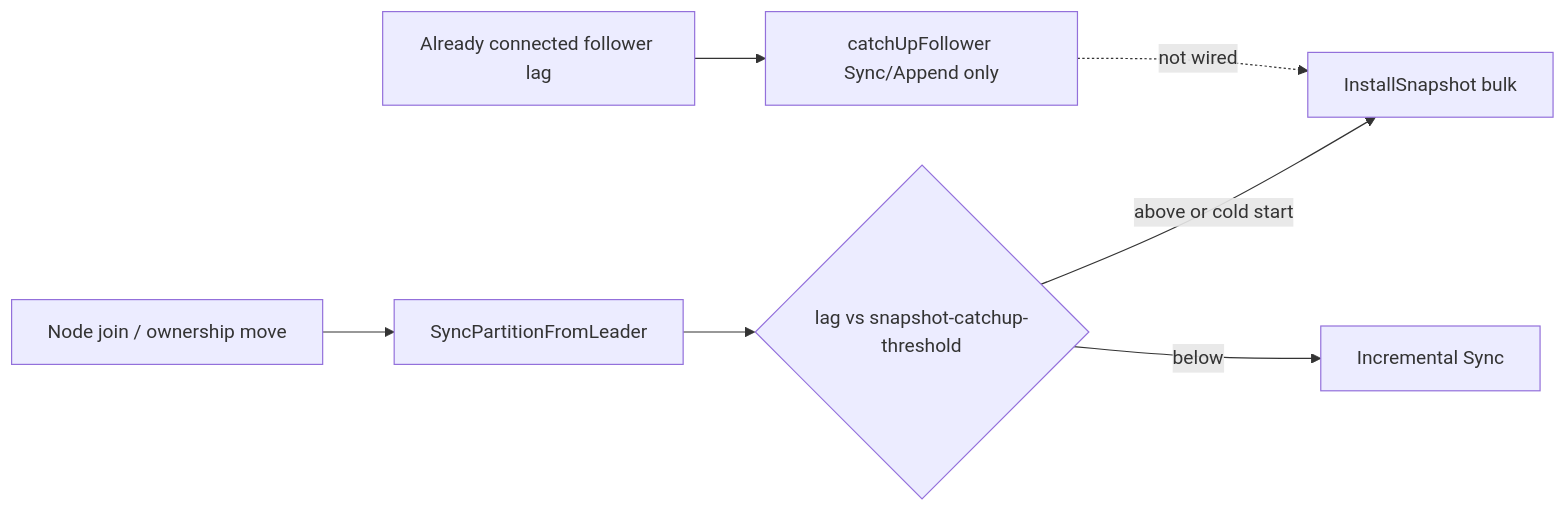
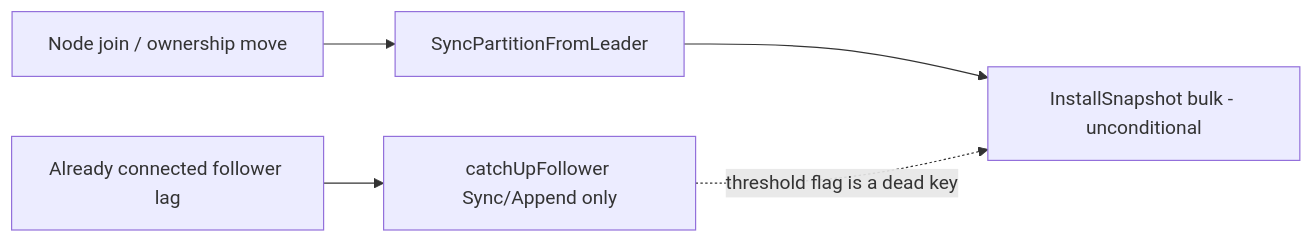
Before and after one commit to jatin711-debug/cronos_db_golang: diagram 47 of 47 in ARCHITECTURE.md, drawn with Mermaid. The commit also changed other lines of this file and 9 other files, not shown here.

````diff
--- a/ARCHITECTURE.md
+++ b/ARCHITECTURE.md
@@ -1631,9 +1632,7 @@
 ```mermaid
 flowchart LR
     Join[Node join / ownership move] --> SyncPM[SyncPartitionFromLeader]
-    SyncPM --> Threshold{lag vs snapshot-catchup-threshold}
-    Threshold -->|above or cold start| Snap[InstallSnapshot bulk]
-    Threshold -->|below| IncrJoin[Incremental Sync]
+    SyncPM --> Snap[InstallSnapshot bulk - unconditional]
     Connected[Already connected follower lag] --> CatchUp[catchUpFollower Sync/Append only]
-    CatchUp -.->|not wired| Snap
+    CatchUp -.->|threshold flag is a dead key| Snap
 ```
````
